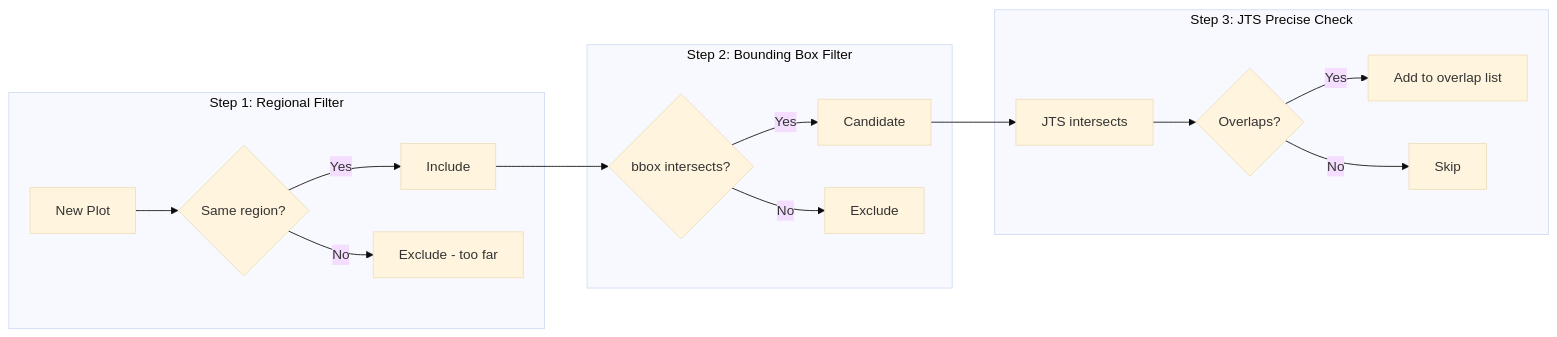
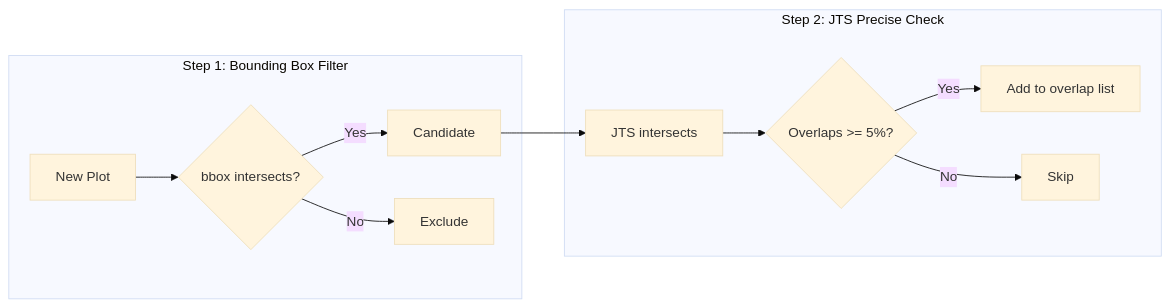
One commit to akvo/external-odk changed the third of 6 diagrams in docs/polygon-validation-implementation-plan.md. Above: the diagram before and after it, drawn with Mermaid (base theme). The commit also changed other lines of this file and 8 other files, not shown here.

First line of the commit message:
[#13] fix: simplify overlap detection to use bbox only, remove region filter

````diff
--- a/docs/polygon-validation-implementation-plan.md
+++ b/docs/polygon-validation-implementation-plan.md
@@ -88,21 +88,15 @@
 ```mermaid
 flowchart LR
-    subgraph "Step 1: Regional Filter"
-        A[New Plot] --> B{Same region?}
-        B -->|Yes| C[Include]
-        B -->|No| D[Exclude - too far]
+    subgraph "Step 1: Bounding Box Filter"
+        A[New Plot] --> B{bbox intersects?}
+        B -->|Yes| C[Candidate]
+        B -->|No| D[Exclude]
     end
 
-    subgraph "Step 2: Bounding Box Filter"
-        C --> E{bbox intersects?}
-        E -->|Yes| F[Candidate]
-        E -->|No| G[Exclude]
-    end
-
-    subgraph "Step 3: JTS Precise Check"
-        F --> H[JTS intersects]
-        H --> I{Overlaps?}
-        I -->|Yes| J[Add to overlap list]
-        I -->|No| K[Skip]
+    subgraph "Step 2: JTS Precise Check"
+        C --> E[JTS intersects]
+        E --> F{Overlaps >= 5%?}
+        F -->|Yes| G[Add to overlap list]
+        F -->|No| H[Skip]
     end
 ```
````
